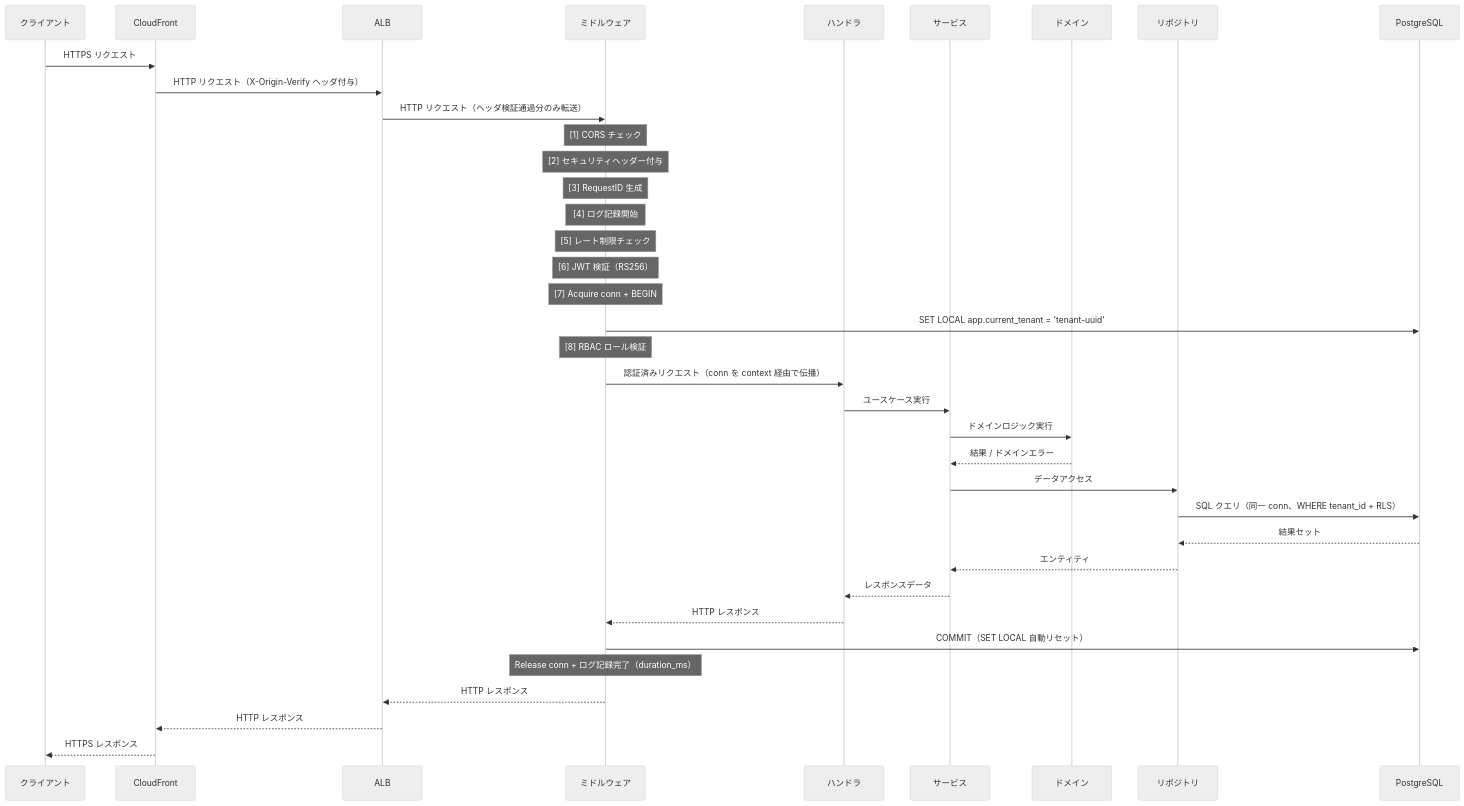
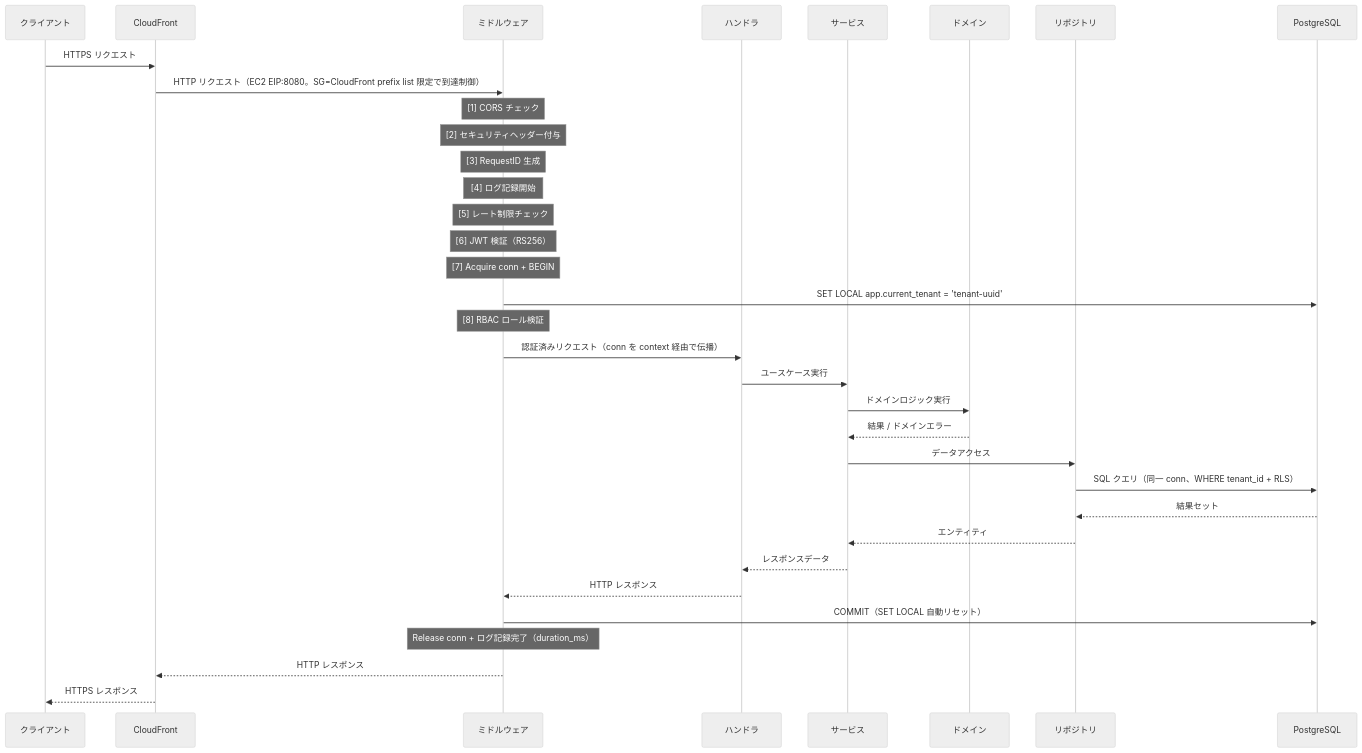
The second of 6 diagrams in deliverables/docs/30_arch/diagrams.md (atsuro128/dev-journal), drawn with Mermaid (neutral theme) before and after one commit. The commit also changed other lines of this file and 5 other files, not shown here.

````diff
--- a/deliverables/docs/30_arch/diagrams.md
+++ b/deliverables/docs/30_arch/diagrams.md
@@ -64,44 +62,41 @@
 ```mermaid
 sequenceDiagram
     participant C as クライアント
     participant CF as CloudFront
-    participant ALB
     participant MW as ミドルウェア
     participant H as ハンドラ
     participant S as サービス
     participant D as ドメイン
     participant R as リポジトリ
     participant DB as PostgreSQL
 
     C->>CF: HTTPS リクエスト
-    CF->>ALB: HTTP リクエスト（X-Origin-Verify ヘッダ付与）
-    ALB->>MW: HTTP リクエスト（ヘッダ検証通過分のみ転送）
+    CF->>MW: HTTP リクエスト（EC2 EIP:8080。SG=CloudFront prefix list 限定で到達制御）
 
     Note over MW: [1] CORS チェック
     Note over MW: [2] セキュリティヘッダー付与
     Note over MW: [3] RequestID 生成
     Note over MW: [4] ログ記録開始
     Note over MW: [5] レート制限チェック
     Note over MW: [6] JWT 検証（RS256）
     Note over MW: [7] Acquire conn + BEGIN
     MW->>DB: SET LOCAL app.current_tenant = 'tenant-uuid'
     Note over MW: [8] RBAC ロール検証
 
     MW->>H: 認証済みリクエスト（conn を context 経由で伝播）
     H->>S: ユースケース実行
     S->>D: ドメインロジック実行
     D-->>S: 結果 / ドメインエラー
     S->>R: データアクセス
     R->>DB: SQL クエリ（同一 conn、WHERE tenant_id + RLS）
     DB-->>R: 結果セット
     R-->>S: エンティティ
     S-->>H: レスポンスデータ
     H-->>MW: HTTP レスポンス
 
     MW->>DB: COMMIT（SET LOCAL 自動リセット）
     Note over MW: Release conn + ログ記録完了（duration_ms）
 
-    MW-->>ALB: HTTP レスポンス
-    ALB-->>CF: HTTP レスポンス
+    MW-->>CF: HTTP レスポンス
     CF-->>C: HTTPS レスポンス
 ```
````
